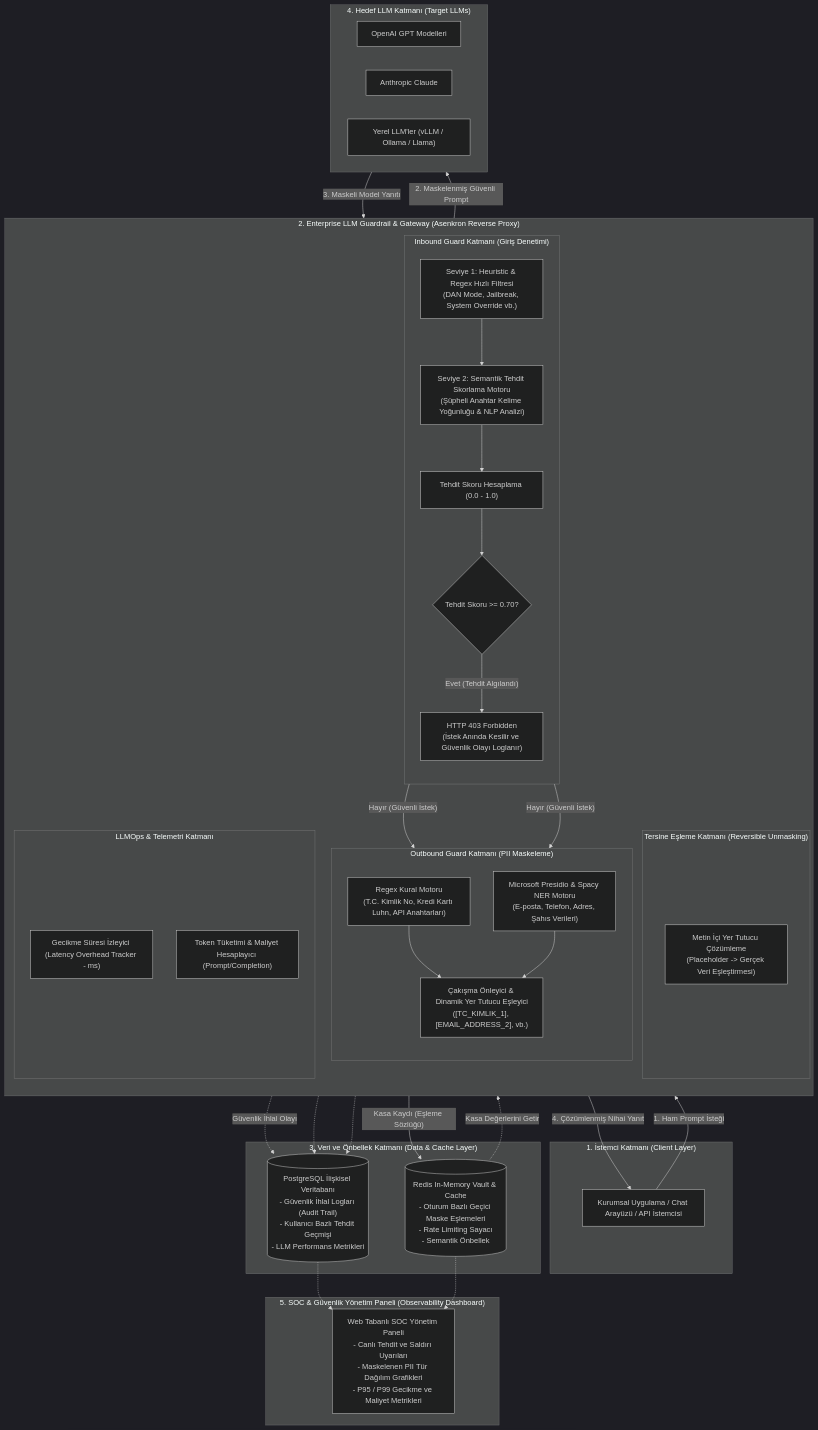
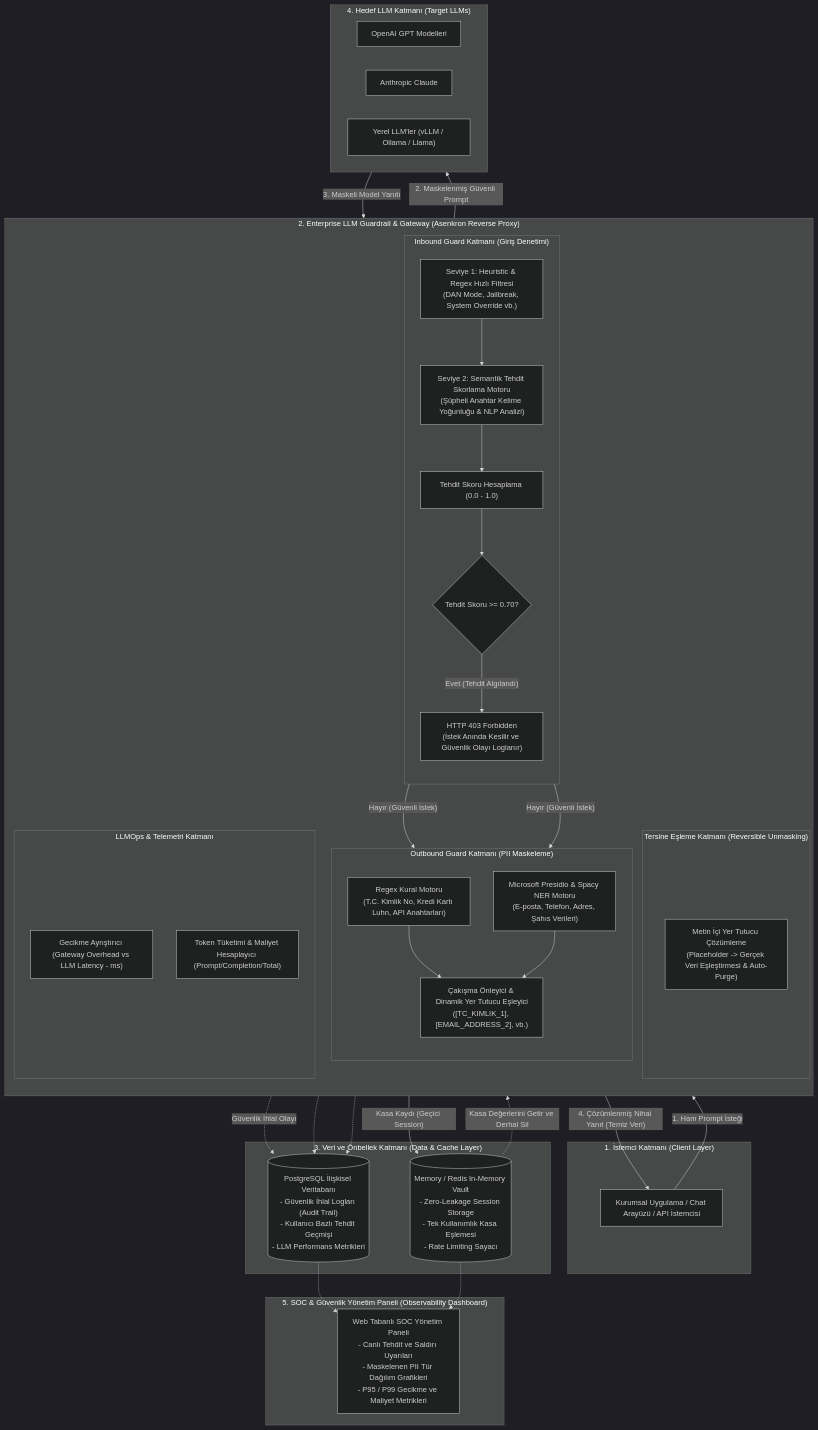
One commit to mehmeteminyilmaz/llm-firewall-gateway changed the diagram in README.md. Above: the diagram before and after it, drawn with Mermaid (dark theme). The commit also changed other lines of this file and 7 other files, not shown here.

Commit message:
feat: complete Phase 3 - async LLM service, token tracking, zero-leakage vault cache

```diff
--- a/README.md
+++ b/README.md
@@ -68,19 +69,19 @@
 
         %% Unmasking Engine
         subgraph UnmaskEngine ["Tersine Eşleme Katmanı (Reversible Unmasking)"]
-            RestoreLogic["Metin İçi Yer Tutucu Çözümleme<br/>(Placeholder -> Gerçek Veri Eşleştirmesi)"]
+            RestoreLogic["Metin İçi Yer Tutucu Çözümleme<br/>(Placeholder -> Gerçek Veri Eşleştirmesi & Auto-Purge)"]
         end
 
         %% LLMOps Engine
         subgraph LLMOpsCore ["LLMOps & Telemetri Katmanı"]
-            LatencyTracker["Gecikme Süresi İzleyici (Latency Overhead Tracker - ms)"]
-            TokenCounter["Token Tüketimi & Maliyet Hesaplayıcı (Prompt/Completion)"]
+            LatencyTracker["Gecikme Ayrıştırıcı (Gateway Overhead vs LLM Latency - ms)"]
+            TokenCounter["Token Tüketimi & Maliyet Hesaplayıcı (Prompt/Completion/Total)"]
         end
     end
 
     %% Veri ve Önbellek Katmanı
     subgraph DataLayer ["3. Veri ve Önbellek Katmanı (Data & Cache Layer)"]
-        RedisVault[("Redis In-Memory Vault & Cache<br/>- Oturum Bazlı Geçici Maske Eşlemeleri<br/>- Rate Limiting Sayacı<br/>- Semantik Önbellek")]
+        RedisVault[("Memory / Redis In-Memory Vault<br/>- Zero-Leakage Session Storage<br/>- Tek Kullanımlık Kasa Eşlemesi<br/>- Rate Limiting Sayacı")]
         PostgresDB[("PostgreSQL İlişkisel Veritabanı<br/>- Güvenlik İhlal Logları (Audit Trail)<br/>- Kullanıcı Bazlı Tehdit Geçmişi<br/>- LLM Performans Metrikleri")]
     end
 
@@ -101,12 +102,12 @@
     Decision -- "Hayır (Güvenli İstek)" --> PatternEngine
     Decision -- "Hayır (Güvenli İstek)" --> NEREngine
 
-    ConflictResolver -->|"Kasa Kaydı (Eşleme Sözlüğü)"| RedisVault
+    ConflictResolver -->|"Kasa Kaydı (Geçici Session)"| RedisVault
     ConflictResolver -->|"2. Maskelenmiş Güvenli Prompt"| UpstreamLLM
 
     UpstreamLLM -->|"3. Maskeli Model Yanıtı"| RestoreLogic
-    RedisVault -.->|"Kasa Değerlerini Getir"| RestoreLogic
-    RestoreLogic -->|"4. Çözümlenmiş Nihai Yanıt"| ClientApp
+    RedisVault -.->|"Kasa Değerlerini Getir ve Derhal Sil"| RestoreLogic
+    RestoreLogic -->|"4. Çözümlenmiş Nihai Yanıt (Temiz Veri)"| ClientApp
 
     %% Telemetri ve Loglama Bağlantıları
     BlockResp -.->|"Güvenlik İhlal Olayı"| PostgresDB
```
